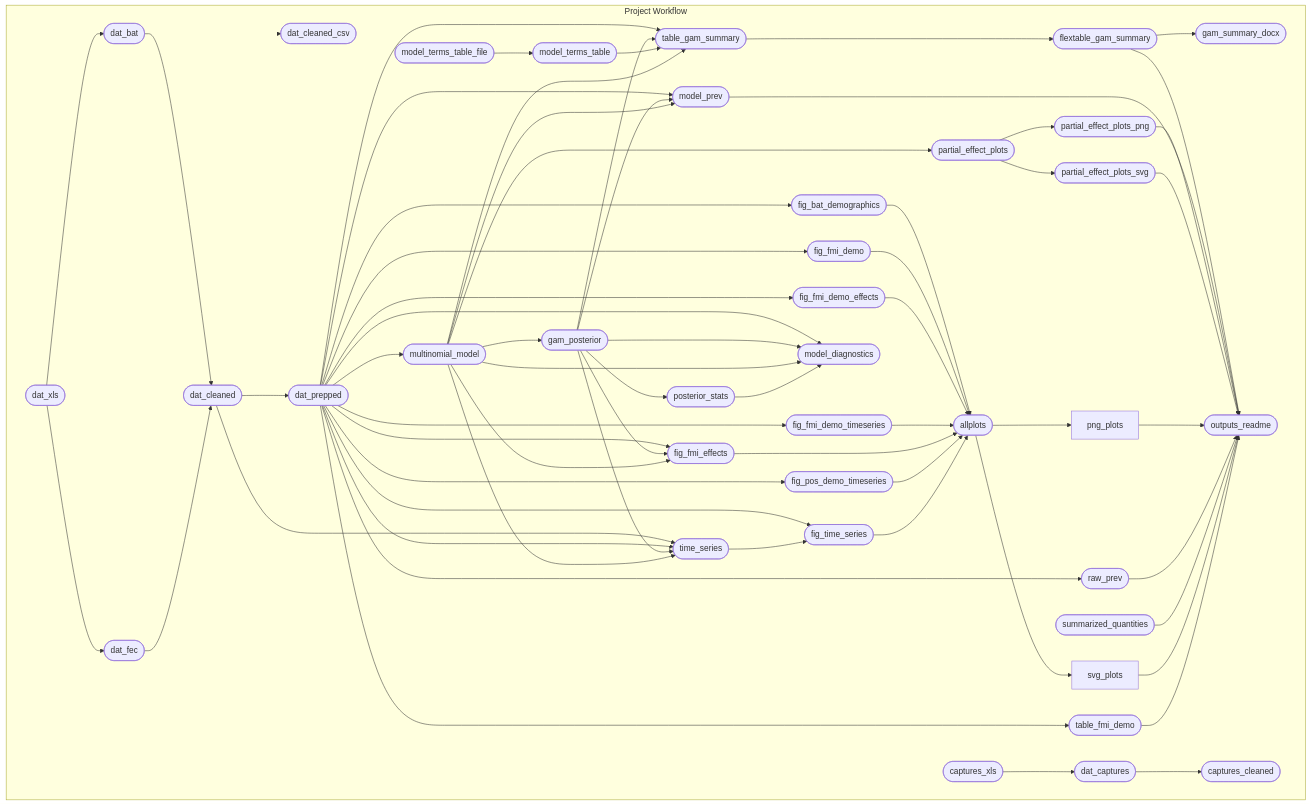
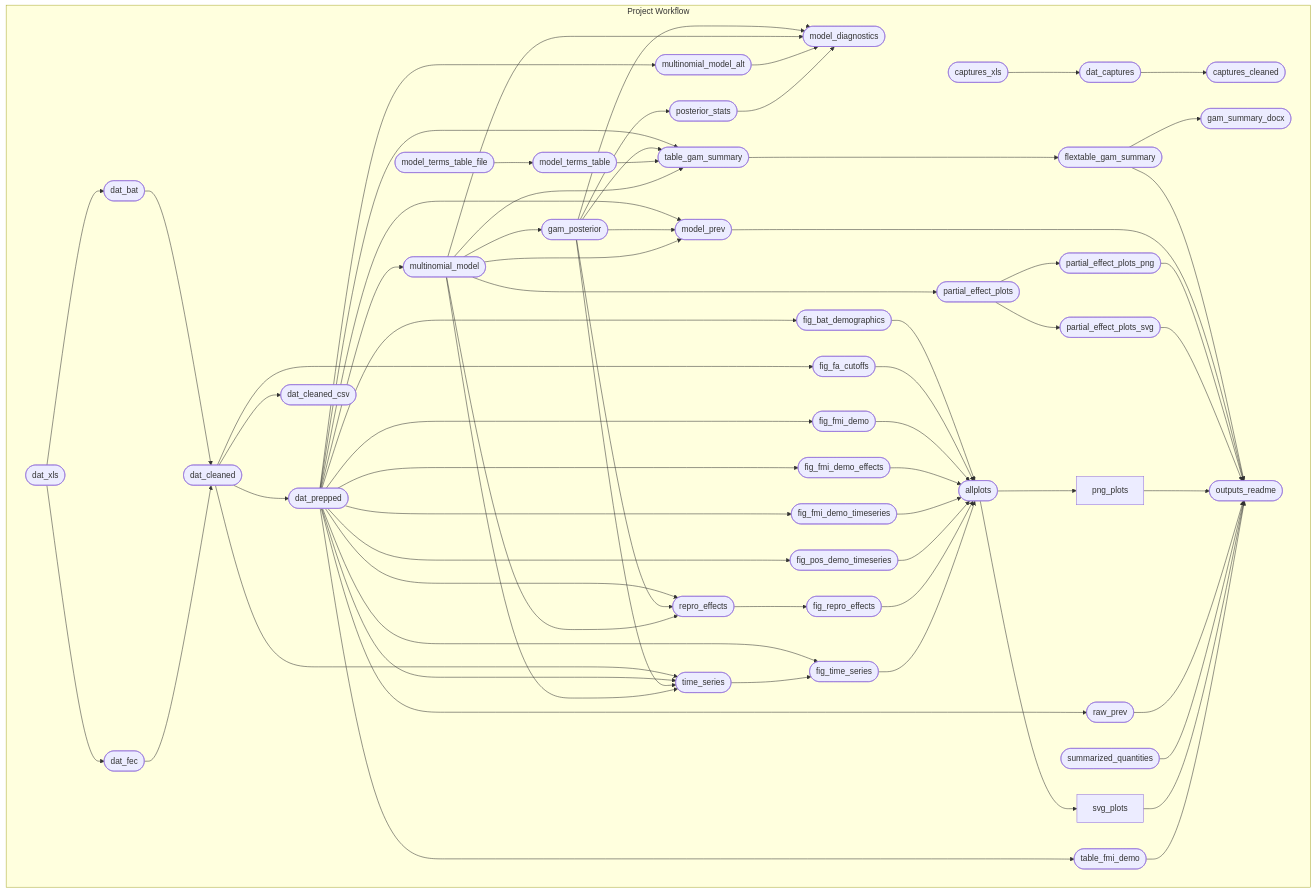
The diagram in README.md (ecohealthalliance/sabrenet-rousettus-dynamics), drawn with Mermaid before and after one commit. The commit also changed other lines of this file and 69 other files, not shown here.

````diff
--- a/README.md
+++ b/README.md
@@ -42,69 +42,74 @@
 ``` mermaid
 graph LR
 subgraph Project Workflow
     direction LR
+    x4a5cfaffa1d0e789(["dat_prepped"]):::queued --> x1e7dc8900c0252af(["model_diagnostics"]):::queued
+    x89c8b8fe66c39f8c(["gam_posterior"]):::queued --> x1e7dc8900c0252af(["model_diagnostics"]):::queued
+    x023bc1d70802c4e1(["multinomial_model"]):::queued --> x1e7dc8900c0252af(["model_diagnostics"]):::queued
+    x26018ab47272d583(["multinomial_model_alt"]):::queued --> x1e7dc8900c0252af(["model_diagnostics"]):::queued
+    x48dd96190e644d8f(["posterior_stats"]):::queued --> x1e7dc8900c0252af(["model_diagnostics"]):::queued
+    x4a5cfaffa1d0e789(["dat_prepped"]):::queued --> x90dc8aa96b6ba82f(["repro_effects"]):::queued
+    x89c8b8fe66c39f8c(["gam_posterior"]):::queued --> x90dc8aa96b6ba82f(["repro_effects"]):::queued
+    x023bc1d70802c4e1(["multinomial_model"]):::queued --> x90dc8aa96b6ba82f(["repro_effects"]):::queued
+    x4a5cfaffa1d0e789(["dat_prepped"]):::queued --> x4ee8fa2dac97ae88(["fig_fmi_demo_effects"]):::queued
+    x4a5cfaffa1d0e789(["dat_prepped"]):::queued --> x023bc1d70802c4e1(["multinomial_model"]):::queued
+    x7a7f43da56388c67(["fig_bat_demographics"]):::queued --> x798304d337dd8ea1(["allplots"]):::queued
+    x90f3a96af7e5a0fc(["fig_fa_cutoffs"]):::queued --> x798304d337dd8ea1(["allplots"]):::queued
+    x23873f9d63594e23(["fig_fmi_demo"]):::queued --> x798304d337dd8ea1(["allplots"]):::queued
+    x4ee8fa2dac97ae88(["fig_fmi_demo_effects"]):::queued --> x798304d337dd8ea1(["allplots"]):::queued
+    x80ade130098abb0f(["fig_fmi_demo_timeseries"]):::queued --> x798304d337dd8ea1(["allplots"]):::queued
+    x50a3b768b5746682(["fig_pos_demo_timeseries"]):::queued --> x798304d337dd8ea1(["allplots"]):::queued
+    x9f1bab82f5a7def2(["fig_repro_effects"]):::queued --> x798304d337dd8ea1(["allplots"]):::queued
+    xe3a4a17736576ba6(["fig_time_series"]):::queued --> x798304d337dd8ea1(["allplots"]):::queued
+    x4a5cfaffa1d0e789(["dat_prepped"]):::queued --> x67d4d2e6dfa8bf90(["model_prev"]):::queued
+    x89c8b8fe66c39f8c(["gam_posterior"]):::queued --> x67d4d2e6dfa8bf90(["model_prev"]):::queued
+    x023bc1d70802c4e1(["multinomial_model"]):::queued --> x67d4d2e6dfa8bf90(["model_prev"]):::queued
+    xc2117931d245afce(["dat_xls"]):::skipped --> x6cf5d6dc2e05a667(["dat_bat"]):::queued
+    xba784c3a136c631a(["dat_cleaned"]):::queued --> x90f3a96af7e5a0fc(["fig_fa_cutoffs"]):::queued
+    x023bc1d70802c4e1(["multinomial_model"]):::queued --> xa8aa782838af3774(["partial_effect_plots"]):::queued
+    xa8aa782838af3774(["partial_effect_plots"]):::queued --> x4426e7f0707b13f1(["partial_effect_plots_png"]):::queued
+    xb354ea9be719f8bb(["captures_xls"]):::skipped --> xe05634441492d438(["dat_captures"]):::queued
+    x4a5cfaffa1d0e789(["dat_prepped"]):::queued --> x5f01ca798133c2d4(["table_gam_summary"]):::queued
+    x89c8b8fe66c39f8c(["gam_posterior"]):::queued --> x5f01ca798133c2d4(["table_gam_summary"]):::queued
+    x5ad18f0d36408418(["model_terms_table"]):::queued --> x5f01ca798133c2d4(["table_gam_summary"]):::queued
+    x023bc1d70802c4e1(["multinomial_model"]):::queued --> x5f01ca798133c2d4(["table_gam_summary"]):::queued
+    x4a5cfaffa1d0e789(["dat_prepped"]):::queued --> xdf15caacba83d075(["raw_prev"]):::queued
+    x4a5cfaffa1d0e789(["dat_prepped"]):::queued --> x50a3b768b5746682(["fig_pos_demo_timeseries"]):::queued
+    x6cf5d6dc2e05a667(["dat_bat"]):::queued --> xba784c3a136c631a(["dat_cleaned"]):::queued
+    x733041ef94e8d4a9(["dat_fec"]):::queued --> xba784c3a136c631a(["dat_cleaned"]):::queued
+    x89c8b8fe66c39f8c(["gam_posterior"]):::queued --> x48dd96190e644d8f(["posterior_stats"]):::queued
+    x4a5cfaffa1d0e789(["dat_prepped"]):::queued --> x7a7f43da56388c67(["fig_bat_demographics"]):::queued
+    xe2bed16893714ed7(["model_terms_table_file"]):::skipped --> x5ad18f0d36408418(["model_terms_table"]):::queued
+    x4a5cfaffa1d0e789(["dat_prepped"]):::queued --> x80ade130098abb0f(["fig_fmi_demo_timeseries"]):::queued
+    x5f01ca798133c2d4(["table_gam_summary"]):::queued --> x2d7bbbb9a4c3fe9d(["flextable_gam_summary"]):::queued
+    x4a5cfaffa1d0e789(["dat_prepped"]):::queued --> x23873f9d63594e23(["fig_fmi_demo"]):::queued
     xba784c3a136c631a(["dat_cleaned"]):::queued --> xdb44d218f76593df(["dat_cleaned_csv"]):::queued
-    x4a5cfaffa1d0e789(["dat_prepped"]):::queued --> x023bc1d70802c4e1(["multinomial_model"]):::queued
+    xe05634441492d438(["dat_captures"]):::queued --> x370906d20a0ac4c5(["captures_cleaned"]):::queued
     x023bc1d70802c4e1(["multinomial_model"]):::queued --> x89c8b8fe66c39f8c(["gam_posterior"]):::queued
+    x90dc8aa96b6ba82f(["repro_effects"]):::queued --> x9f1bab82f5a7def2(["fig_repro_effects"]):::queued
+    x4a5cfaffa1d0e789(["dat_prepped"]):::queued --> x26018ab47272d583(["multinomial_model_alt"]):::queued
+    xba784c3a136c631a(["dat_cleaned"]):::queued --> xf22c729b71100575(["time_series"]):::queued
+    x4a5cfaffa1d0e789(["dat_prepped"]):::queued --> xf22c729b71100575(["time_series"]):::queued
+    x89c8b8fe66c39f8c(["gam_posterior"]):::queued --> xf22c729b71100575(["time_series"]):::queued
+    x023bc1d70802c4e1(["multinomial_model"]):::queued --> xf22c729b71100575(["time_series"]):::queued
+    x798304d337dd8ea1(["allplots"]):::queued --> xbbcceea2cdf8d3f7["svg_plots"]:::queued
+    x2d7bbbb9a4c3fe9d(["flextable_gam_summary"]):::queued --> x7998bc630ab92bda(["gam_summary_docx"]):::queued
     xa8aa782838af3774(["partial_effect_plots"]):::queued --> x62025a0def5a4707(["partial_effect_plots_svg"]):::queued
-    x2d7bbbb9a4c3fe9d(["flextable_gam_summary"]):::queued --> x7998bc630ab92bda(["gam_summary_docx"]):::queued
+    xba784c3a136c631a(["dat_cleaned"]):::queued --> x4a5cfaffa1d0e789(["dat_prepped"]):::queued
+    x4a5cfaffa1d0e789(["dat_prepped"]):::queued --> xf268c53ef67145e5(["table_fmi_demo"]):::queued
     x2d7bbbb9a4c3fe9d(["flextable_gam_summary"]):::queued --> xbda0fd67e19f73bc(["outputs_readme"]):::queued
     x67d4d2e6dfa8bf90(["model_prev"]):::queued --> xbda0fd67e19f73bc(["outputs_readme"]):::queued
     x4426e7f0707b13f1(["partial_effect_plots_png"]):::queued --> xbda0fd67e19f73bc(["outputs_readme"]):::queued
     x62025a0def5a4707(["partial_effect_plots_svg"]):::queued --> xbda0fd67e19f73bc(["outputs_readme"]):::queued
     x0b04ba823e0b5eec["png_plots"]:::queued --> xbda0fd67e19f73bc(["outputs_readme"]):::queued
     xdf15caacba83d075(["raw_prev"]):::queued --> xbda0fd67e19f73bc(["outputs_readme"]):::queued
     x07b56d1fbca21cf3(["summarized_quantities"]):::skipped --> xbda0fd67e19f73bc(["outputs_readme"]):::queued
     xbbcceea2cdf8d3f7["svg_plots"]:::queued --> xbda0fd67e19f73bc(["outputs_readme"]):::queued
     xf268c53ef67145e5(["table_fmi_demo"]):::queued --> xbda0fd67e19f73bc(["outputs_readme"]):::queued
-    x798304d337dd8ea1(["allplots"]):::queued --> xbbcceea2cdf8d3f7["svg_plots"]:::queued
-    xb354ea9be719f8bb(["captures_xls"]):::skipped --> xe05634441492d438(["dat_captures"]):::skipped
     xc2117931d245afce(["dat_xls"]):::skipped --> x733041ef94e8d4a9(["dat_fec"]):::queued
-    x4a5cfaffa1d0e789(["dat_prepped"]):::queued --> x37da1c8de8c2ccbe(["fig_fmi_effects"]):::queued
-    x89c8b8fe66c39f8c(["gam_posterior"]):::queued --> x37da1c8de8c2ccbe(["fig_fmi_effects"]):::queued
-    x023bc1d70802c4e1(["multinomial_model"]):::queued --> x37da1c8de8c2ccbe(["fig_fmi_effects"]):::queued
-    x4a5cfaffa1d0e789(["dat_prepped"]):::queued --> x7a7f43da56388c67(["fig_bat_demographics"]):::queued
-    xc2117931d245afce(["dat_xls"]):::skipped --> x6cf5d6dc2e05a667(["dat_bat"]):::queued
-    x89c8b8fe66c39f8c(["gam_posterior"]):::queued --> x48dd96190e644d8f(["posterior_stats"]):::queued
-    xe2bed16893714ed7(["model_terms_table_file"]):::skipped --> x5ad18f0d36408418(["model_terms_table"]):::queued
-    xba784c3a136c631a(["dat_cleaned"]):::queued --> x4a5cfaffa1d0e789(["dat_prepped"]):::queued
-    x6cf5d6dc2e05a667(["dat_bat"]):::queued --> xba784c3a136c631a(["dat_cleaned"]):::queued
-    x733041ef94e8d4a9(["dat_fec"]):::queued --> xba784c3a136c631a(["dat_cleaned"]):::queued
-    x4a5cfaffa1d0e789(["dat_prepped"]):::queued --> xf268c53ef67145e5(["table_fmi_demo"]):::queued
-    x4a5cfaffa1d0e789(["dat_prepped"]):::queued --> x67d4d2e6dfa8bf90(["model_prev"]):::queued
-    x89c8b8fe66c39f8c(["gam_posterior"]):::queued --> x67d4d2e6dfa8bf90(["model_prev"]):::queued
-    x023bc1d70802c4e1(["multinomial_model"]):::queued --> x67d4d2e6dfa8bf90(["model_prev"]):::queued
     x4a5cfaffa1d0e789(["dat_prepped"]):::queued --> xe3a4a17736576ba6(["fig_time_series"]):::queued
     xf22c729b71100575(["time_series"]):::queued --> xe3a4a17736576ba6(["fig_time_series"]):::queued
-    x023bc1d70802c4e1(["multinomial_model"]):::queued --> xa8aa782838af3774(["partial_effect_plots"]):::queued
-    xe05634441492d438(["dat_captures"]):::skipped --> x370906d20a0ac4c5(["captures_cleaned"]):::queued
-    x4a5cfaffa1d0e789(["dat_prepped"]):::queued --> x23873f9d63594e23(["fig_fmi_demo"]):::queued
-    x4a5cfaffa1d0e789(["dat_prepped"]):::queued --> x80ade130098abb0f(["fig_fmi_demo_timeseries"]):::queued
-    x7a7f43da56388c67(["fig_bat_demographics"]):::queued --> x798304d337dd8ea1(["allplots"]):::queued
-    x23873f9d63594e23(["fig_fmi_demo"]):::queued --> x798304d337dd8ea1(["allplots"]):::queued
-    x4ee8fa2dac97ae88(["fig_fmi_demo_effects"]):::queued --> x798304d337dd8ea1(["allplots"]):::queued
-    x80ade130098abb0f(["fig_fmi_demo_timeseries"]):::queued --> x798304d337dd8ea1(["allplots"]):::queued
-    x37da1c8de8c2ccbe(["fig_fmi_effects"]):::queued --> x798304d337dd8ea1(["allplots"]):::queued
-    x50a3b768b5746682(["fig_pos_demo_timeseries"]):::queued --> x798304d337dd8ea1(["allplots"]):::queued
-    xe3a4a17736576ba6(["fig_time_series"]):::queued --> x798304d337dd8ea1(["allplots"]):::queued
-    x5f01ca798133c2d4(["table_gam_summary"]):::queued --> x2d7bbbb9a4c3fe9d(["flextable_gam_summary"]):::queued
-    xa8aa782838af3774(["partial_effect_plots"]):::queued --> x4426e7f0707b13f1(["partial_effect_plots_png"]):::queued
-    xba784c3a136c631a(["dat_cleaned"]):::queued --> xf22c729b71100575(["time_series"]):::queued
-    x4a5cfaffa1d0e789(["dat_prepped"]):::queued --> xf22c729b71100575(["time_series"]):::queued
-    x89c8b8fe66c39f8c(["gam_posterior"]):::queued --> xf22c729b71100575(["time_series"]):::queued
-    x023bc1d70802c4e1(["multinomial_model"]):::queued --> xf22c729b71100575(["time_series"]):::queued
-    x4a5cfaffa1d0e789(["dat_prepped"]):::queued --> xdf15caacba83d075(["raw_prev"]):::queued
-    x4a5cfaffa1d0e789(["dat_prepped"]):::queued --> x1e7dc8900c0252af(["model_diagnostics"]):::queued
-    x89c8b8fe66c39f8c(["gam_posterior"]):::queued --> x1e7dc8900c0252af(["model_diagnostics"]):::queued
-    x023bc1d70802c4e1(["multinomial_model"]):::queued --> x1e7dc8900c0252af(["model_diagnostics"]):::queued
-    x48dd96190e644d8f(["posterior_stats"]):::queued --> x1e7dc8900c0252af(["model_diagnostics"]):::queued
     x798304d337dd8ea1(["allplots"]):::queued --> x0b04ba823e0b5eec["png_plots"]:::queued
-    x4a5cfaffa1d0e789(["dat_prepped"]):::queued --> x4ee8fa2dac97ae88(["fig_fmi_demo_effects"]):::queued
-    x4a5cfaffa1d0e789(["dat_prepped"]):::queued --> x5f01ca798133c2d4(["table_gam_summary"]):::queued
-    x89c8b8fe66c39f8c(["gam_posterior"]):::queued --> x5f01ca798133c2d4(["table_gam_summary"]):::queued
-    x5ad18f0d36408418(["model_terms_table"]):::queued --> x5f01ca798133c2d4(["table_gam_summary"]):::queued
-    x023bc1d70802c4e1(["multinomial_model"]):::queued --> x5f01ca798133c2d4(["table_gam_summary"]):::queued
-    x4a5cfaffa1d0e789(["dat_prepped"]):::queued --> x50a3b768b5746682(["fig_pos_demo_timeseries"]):::queued
   end
 linkStyle 0 stroke-width:0px;
 ```
````
